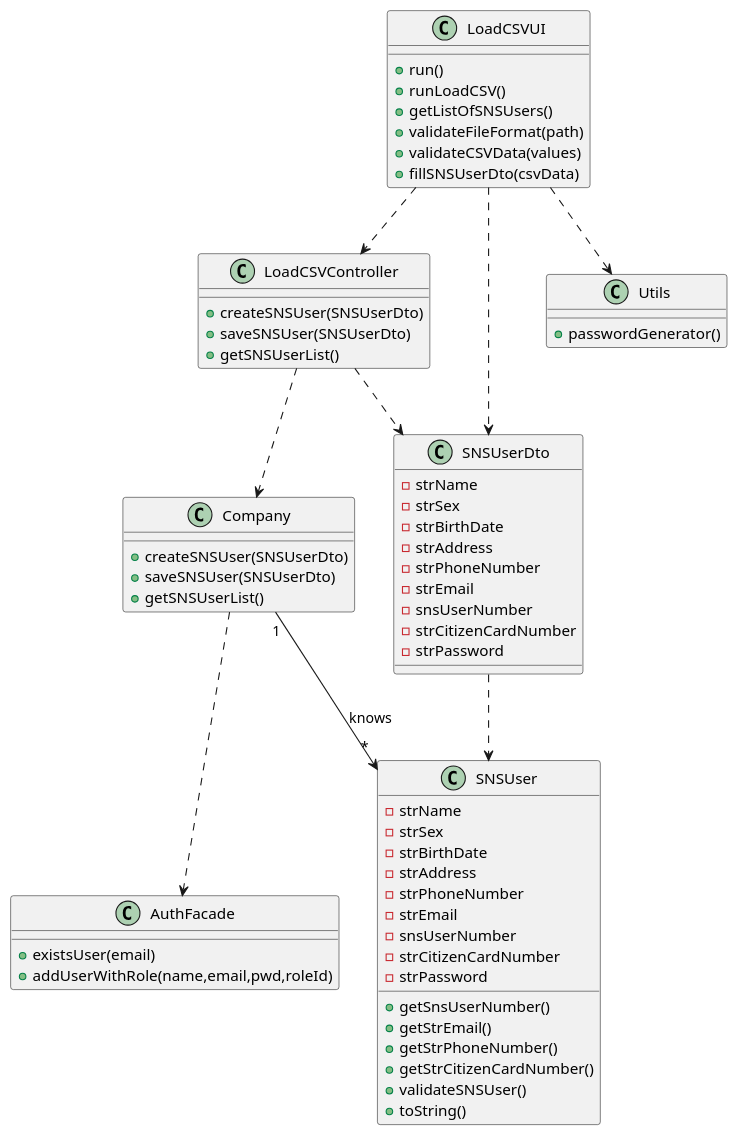
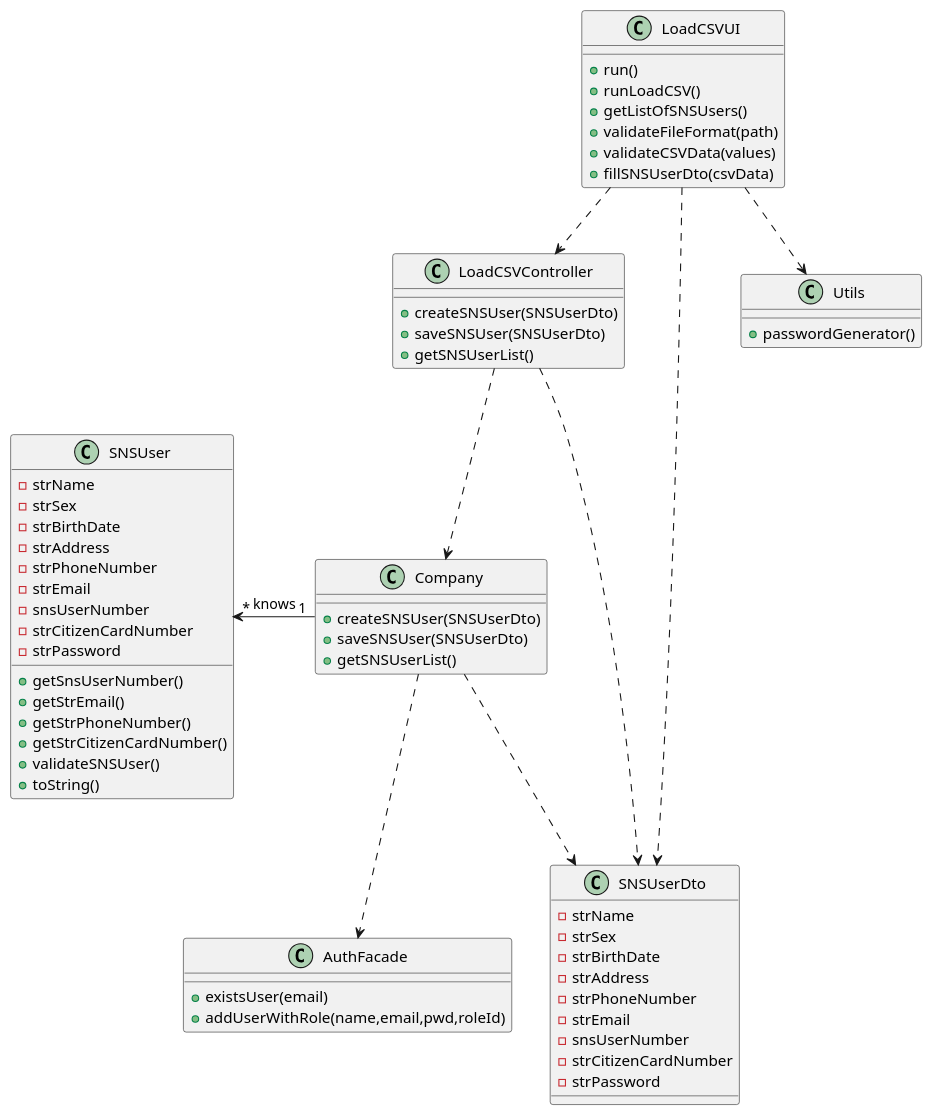
Before and after one commit to Pirussa/lei-22-s2-1da-g02: the diagram in docs/SprintC/US014/US014_CD.puml, drawn with PlantUML. The commit also changed 6 other files, not shown here.

```diff
--- a/docs/SprintC/US014/US014_CD.puml
+++ b/docs/SprintC/US014/US014_CD.puml
@@ -1,72 +1,72 @@
 @startuml
 'https://plantuml.com/class-diagram
 
 class LoadCSVUI{
 +run()
 +runLoadCSV()
 +getListOfSNSUsers()
 +validateFileFormat(path)
 +validateCSVData(values)
 +fillSNSUserDto(csvData)
 }
 
 class LoadCSVController{
 +createSNSUser(SNSUserDto)
 +saveSNSUser(SNSUserDto)
 +getSNSUserList()
 }
 
 class Company{
 +createSNSUser(SNSUserDto)
 +saveSNSUser(SNSUserDto)
 +getSNSUserList()
 }
 
 class SNSUserDto{
 -strName
 -strSex
 -strBirthDate
 -strAddress
 -strPhoneNumber
 -strEmail
 -snsUserNumber
 -strCitizenCardNumber
 -strPassword
 }
 
 class SNSUser{
 -strName
 -strSex
 -strBirthDate
 -strAddress
 -strPhoneNumber
 -strEmail
 -snsUserNumber
 -strCitizenCardNumber
 -strPassword
 +getSnsUserNumber()
 +getStrEmail()
 +getStrPhoneNumber()
 +getStrCitizenCardNumber()
 +validateSNSUser()
 +toString()
 }
 
 class Utils{
 +passwordGenerator()
 }
 
 class AuthFacade{
 +existsUser(email)
 +addUserWithRole(name,email,pwd,roleId)
 }
 
 LoadCSVUI ..> LoadCSVController
 LoadCSVController ..> Company
 LoadCSVUI ..> Utils
 LoadCSVUI ..> SNSUserDto
 LoadCSVController ..> SNSUserDto
-SNSUserDto ..> SNSUser
-Company "1" -> "*" SNSUser : knows
+Company ..> SNSUserDto
+Company "1" -left-> "*" SNSUser : knows
 Company ..> AuthFacade
 @enduml
```
